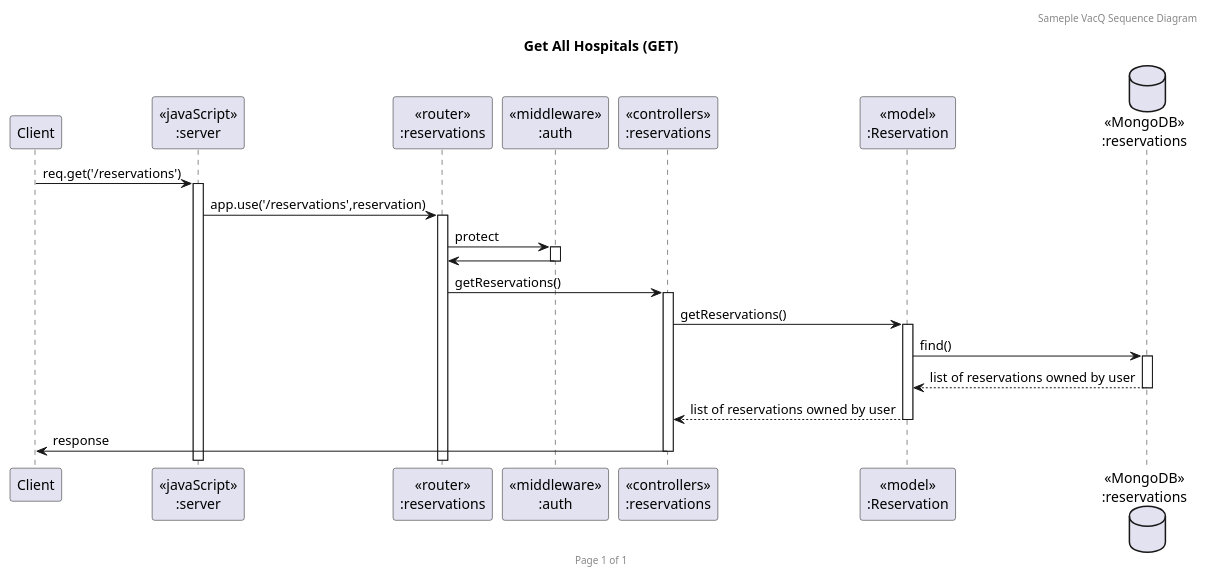
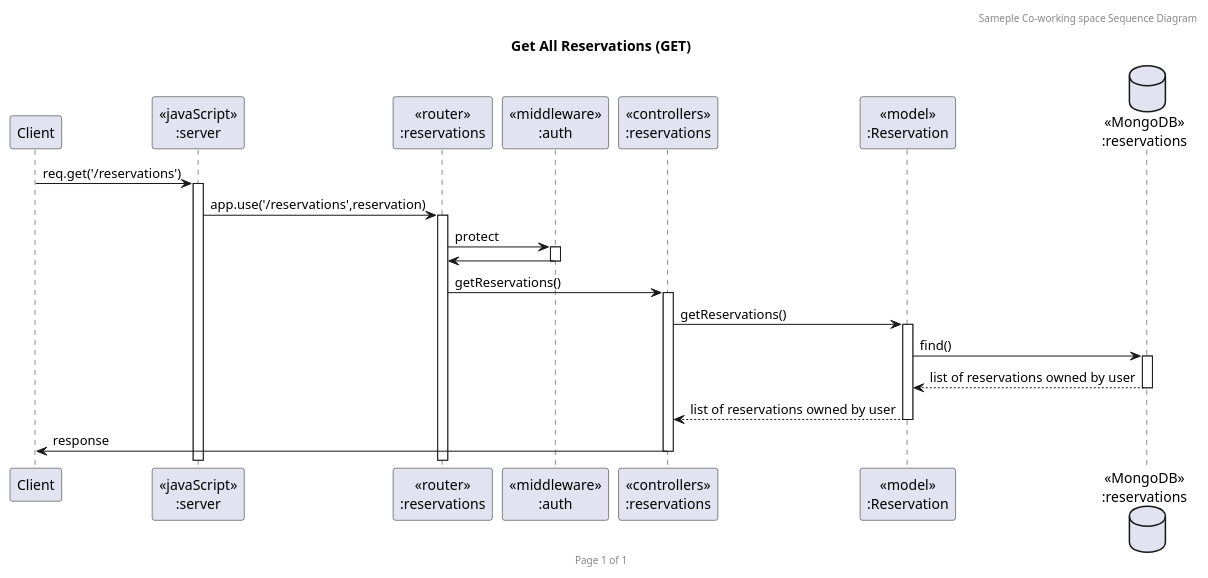
One commit to GavinITP/co-working-space-reservation changed the diagram in uml/coWorking_reservation_getall.puml. Above: the diagram before and after it, drawn with PlantUML. The commit also changed 4 other files, not shown here.

```diff
--- a/uml/coWorking_reservation_getall.puml
+++ b/uml/coWorking_reservation_getall.puml
@@ -1,27 +1,27 @@
-@startuml Get All Hospitals (GET)
+@startuml Get All Reservations (GET)
 
-header Sameple VacQ Sequence Diagram
+header Sameple Co-working space Sequence Diagram
 footer Page %page% of %lastpage%
-title "Get All Hospitals (GET)"
+title "Get All Reservations (GET)"
 
 participant "Client" as client
 participant "<<javaScript>>\n:server" as server
 participant "<<router>>\n:reservations" as routerReservation
 participant "<<middleware>>\n:auth" as middleware
 participant "<<controllers>>\n:reservations" as controllersReservation
 ' participant "<<helper>>\n:helper" as helper
 participant "<<model>>\n:Reservation" as modelReservation
 database "<<MongoDB>>\n:reservations" as ReservationDatabase
 
 client->server ++:req.get('/reservations')
 server->routerReservation ++:app.use('/reservations',reservation)
 routerReservation -> middleware ++: protect
 middleware -> routerReservation --: 
 routerReservation -> controllersReservation ++:getReservations()
 controllersReservation->modelReservation ++:getReservations()
 modelReservation ->ReservationDatabase ++: find()
 ReservationDatabase --> modelReservation --: list of reservations owned by user
 controllersReservation <-- modelReservation --:list of reservations owned by user
 controllersReservation->client --:response
 
 @enduml
```
